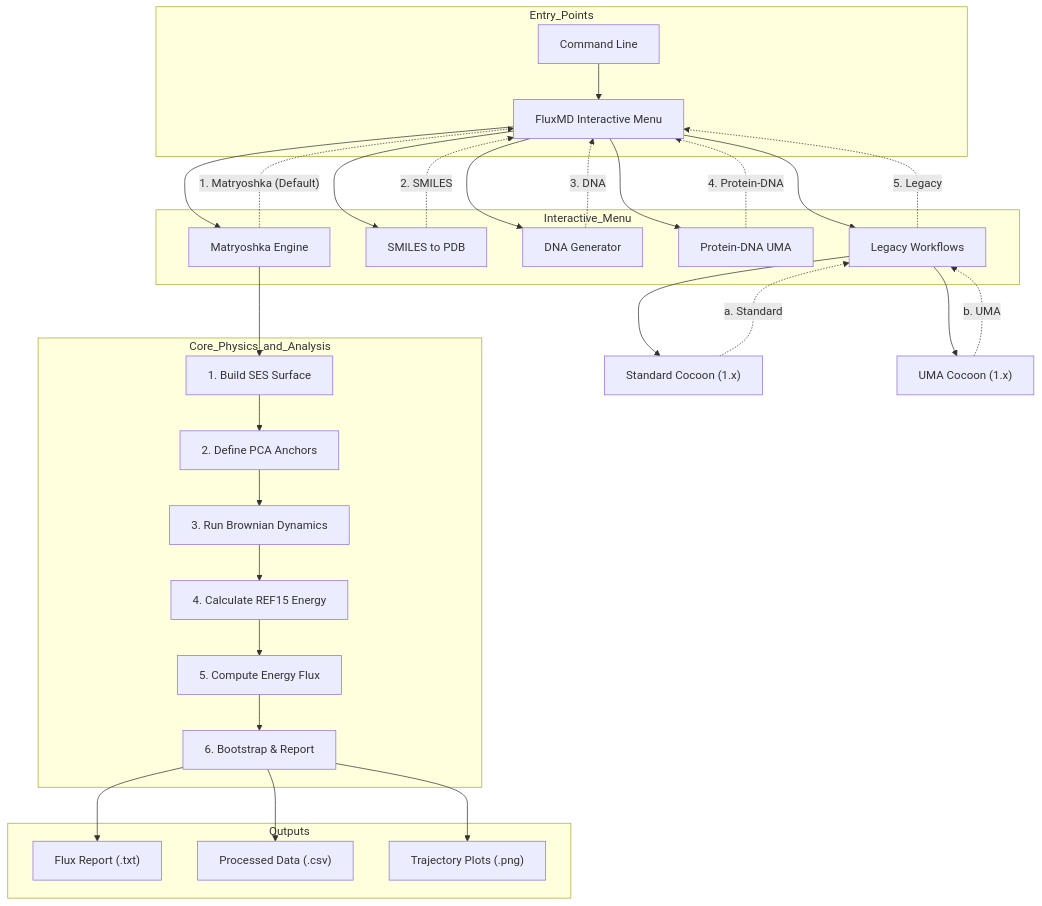
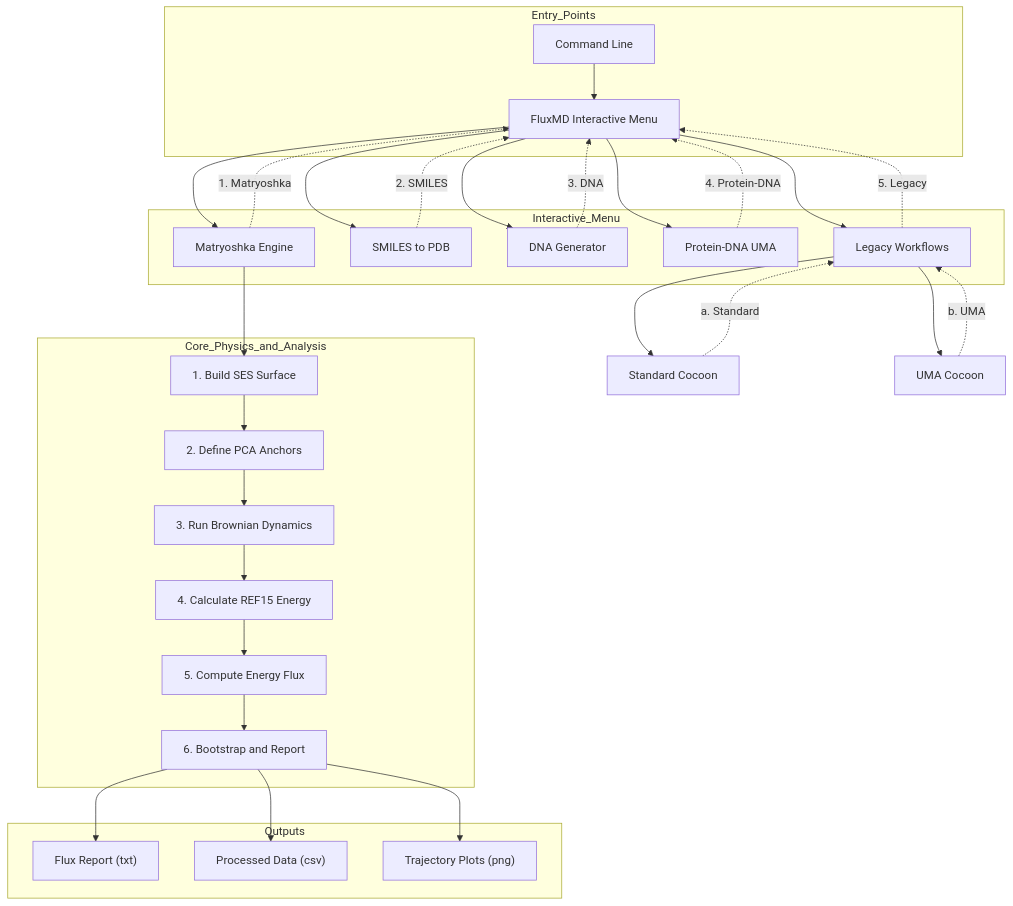
The diagram in README.md (myunghyunj/FluxMD-simulation), drawn with Mermaid before and after one commit. The commit also changed other lines of this file, not shown here.

Commit message:
README.md update

````diff
--- a/README.md
+++ b/README.md
@@ -15,41 +15,41 @@
 ```mermaid
 graph TD
     subgraph Entry_Points
         CLI["Command Line"] --> Interactive["FluxMD Interactive Menu"]
     end
 
     subgraph Interactive_Menu
         Interactive --> Matryoshka["Matryoshka Engine"]
         Interactive --> SMILES["SMILES to PDB"]
         Interactive --> DNA["DNA Generator"]
         Interactive --> PDNA["Protein-DNA UMA"]
         Interactive --> LegacyMenu["Legacy Workflows"]
     end
 
-    Matryoshka -.->|"1. Matryoshka (Default)"| Interactive
+    Matryoshka -.->|"1. Matryoshka"| Interactive
     SMILES -.->|"2. SMILES"| Interactive
     DNA -.->|"3. DNA"| Interactive
     PDNA -.->|"4. Protein-DNA"| Interactive
     LegacyMenu -.->|"5. Legacy"| Interactive
 
-    LegacyMenu --> Standard["Standard Cocoon (1.x)"]
-    LegacyMenu --> UMA["UMA Cocoon (1.x)"]
+    LegacyMenu --> Standard["Standard Cocoon"]
+    LegacyMenu --> UMA["UMA Cocoon"]
 
     Standard -.->|"a. Standard"| LegacyMenu
     UMA -.->|"b. UMA"| LegacyMenu
 
     subgraph Core_Physics_and_Analysis
         Matryoshka --> SES["1. Build SES Surface"]
         SES --> Anchors["2. Define PCA Anchors"]
         Anchors --> Dynamics["3. Run Brownian Dynamics"]
         Dynamics --> REF15["4. Calculate REF15 Energy"]
         REF15 --> Flux["5. Compute Energy Flux"]
-        Flux --> Stats["6. Bootstrap & Report"]
+        Flux --> Stats["6. Bootstrap and Report"]
     end
 
     subgraph Outputs
-        Stats --> Report["Flux Report (.txt)"]
-        Stats --> Data["Processed Data (.csv)"]
-        Stats --> TrajectoryPlots["Trajectory Plots (.png)"]
+        Stats --> Report["Flux Report (txt)"]
+        Stats --> Data["Processed Data (csv)"]
+        Stats --> TrajectoryPlots["Trajectory Plots (png)"]
     end
 ```
````
